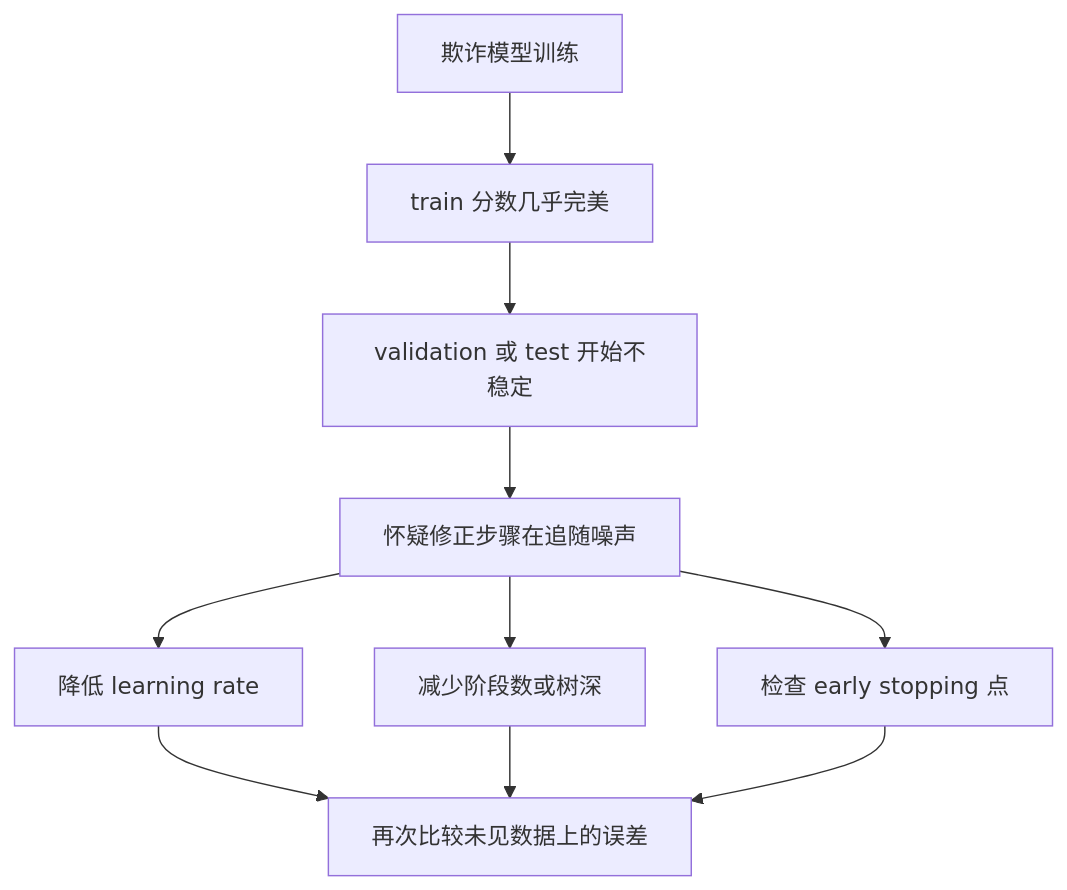
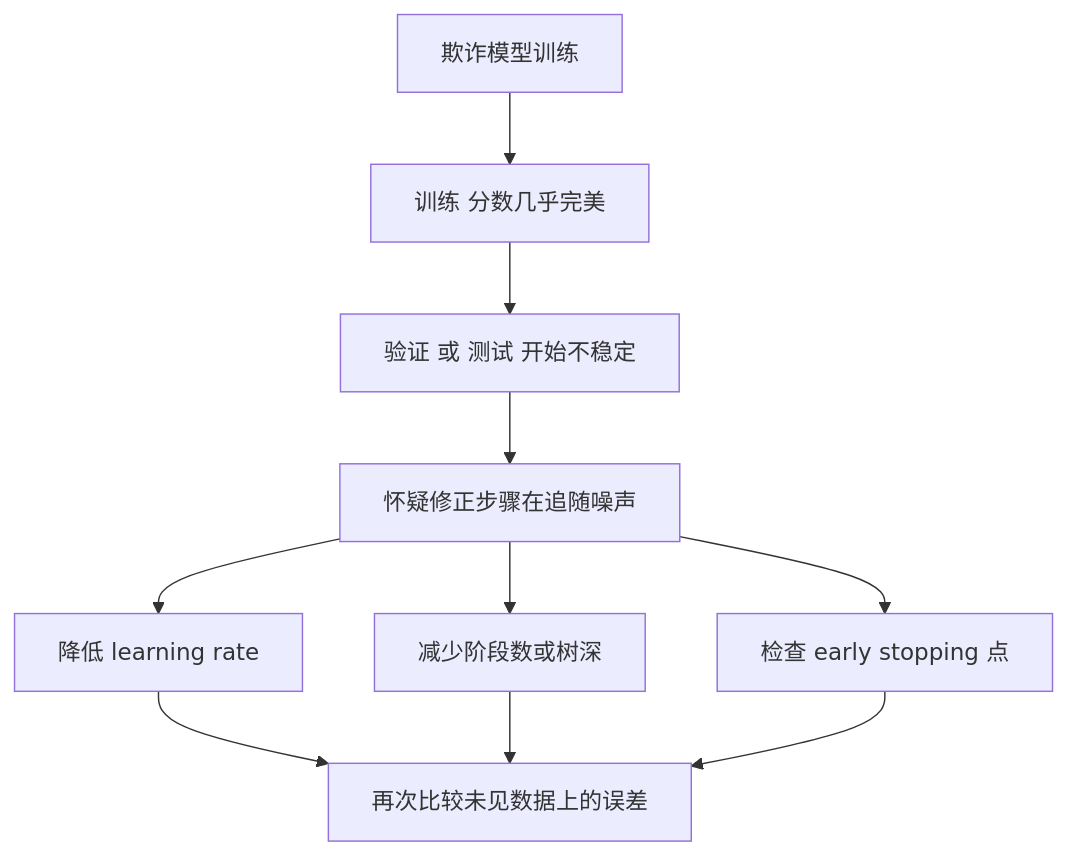
The diagram in docs/assets/part-04/chapter-16/p4-16-2-mermaid-02-zh.mmd (devchan64/AiBook), drawn with Mermaid before and after one commit. The commit also changed 87 other files, not shown here.

Commit message:
Refine Part 4 Korean and Chinese diagram localization

```diff
--- a/docs/assets/part-04/chapter-16/p4-16-2-mermaid-02-zh.mmd
+++ b/docs/assets/part-04/chapter-16/p4-16-2-mermaid-02-zh.mmd
@@ -1,17 +1,17 @@
 flowchart TD
   A["欺诈模型训练"]
-  B["train 分数几乎完美"]
-  C["validation 或 test 开始不稳定"]
+  B["训练 分数几乎完美"]
+  C["验证 或 测试 开始不稳定"]
   D["怀疑修正步骤在追随噪声"]
   E["降低 learning rate"]
   F["减少阶段数或树深"]
   G["检查 early stopping 点"]
   H["再次比较未见数据上的误差"]
 
   A --> B --> C --> D
   D --> E
   D --> F
   D --> G
   E --> H
   F --> H
   G --> H
```
